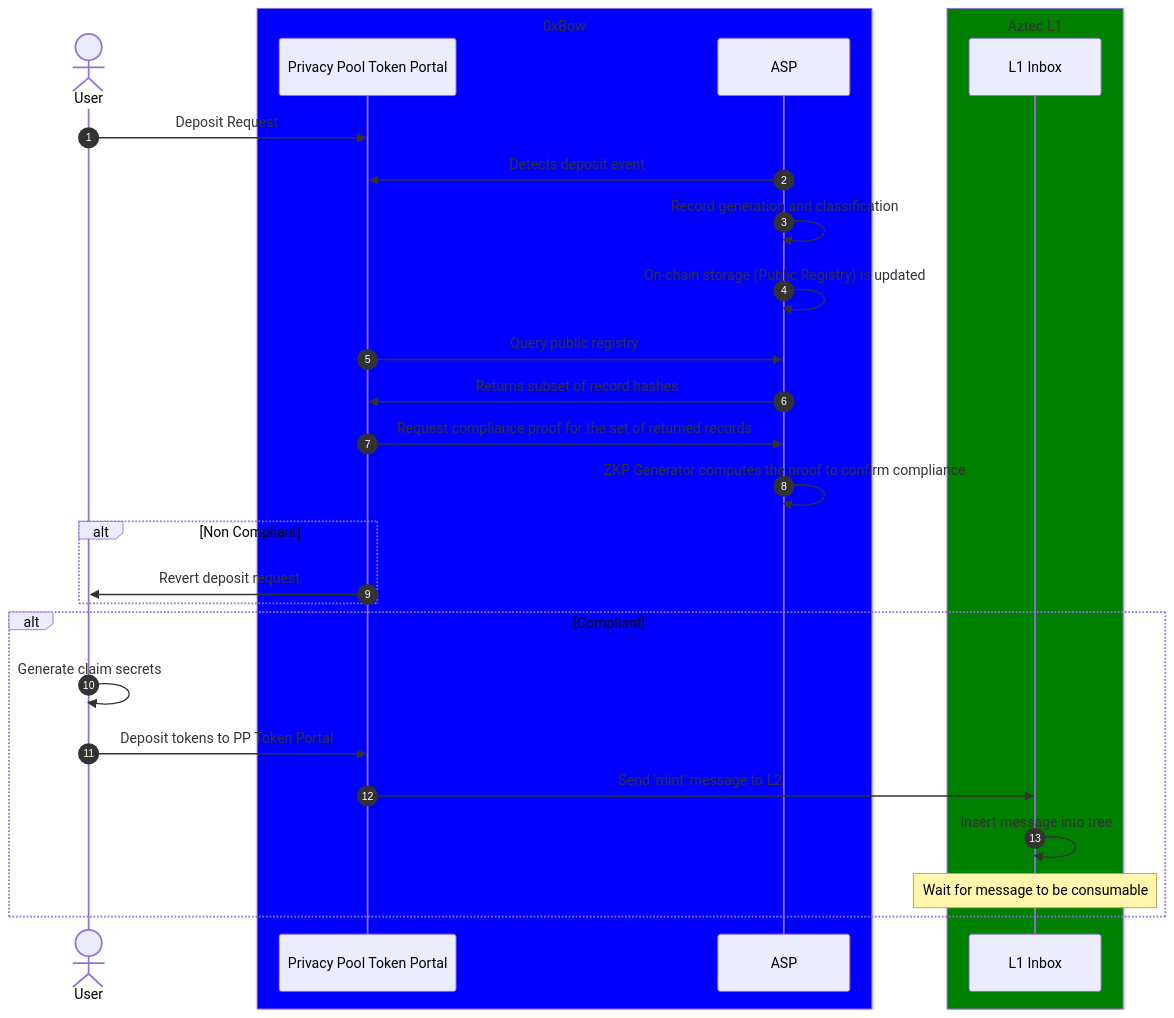
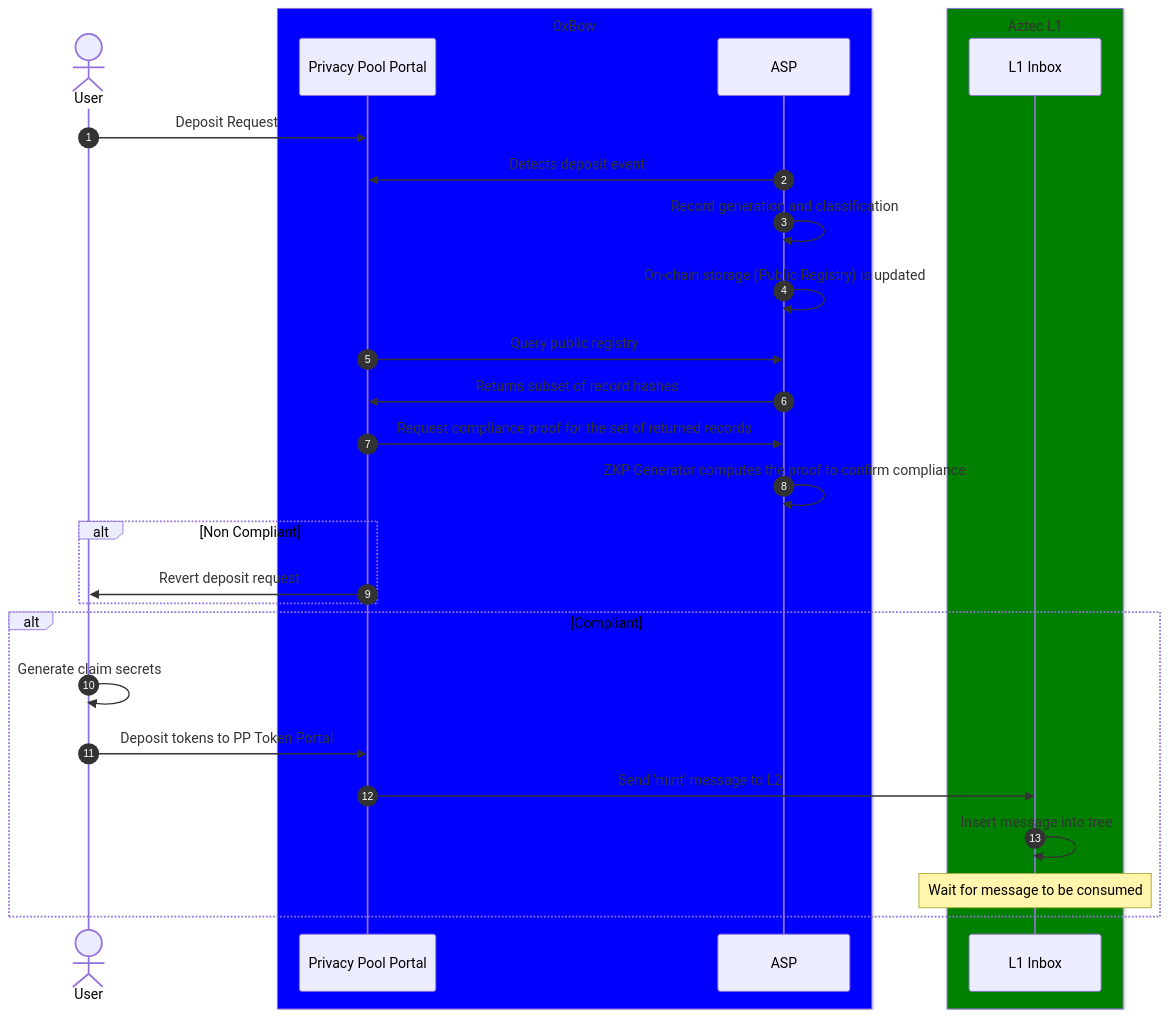
Before and after one commit to 0xbow-io/asp-aztec-bridge: the first of 2 diagrams in docs/assets/sequence.md, drawn with Mermaid. The commit also changed other lines of this file and 1 other file, not shown here.

Commit message:
docs(sequence-and-flowchart.md): Shortened portal contract name on diagrams

````diff
--- a/docs/assets/sequence.md
+++ b/docs/assets/sequence.md
@@ -10,34 +10,34 @@
 ``` mermaid
 sequenceDiagram
     autonumber
     actor User
     box Blue 0xBow
-    participant Privacy Pool Token Portal
+    participant Privacy Pool Portal
     participant ASP
     end
     
     box Green Aztec L1
     participant L1 Inbox
     
     end
-    User->>Privacy Pool Token Portal: Deposit Request
-    ASP->>Privacy Pool Token Portal: Detects deposit event
+    User->>Privacy Pool Portal: Deposit Request
+    ASP->>Privacy Pool Portal: Detects deposit event
     ASP->>ASP: Record generation and classification
     ASP->>ASP: On-chain storage (Public Registry) is updated
-    Privacy Pool Token Portal->>ASP: Query public registry
-    ASP->>Privacy Pool Token Portal: Returns subset of record hashes
-    Privacy Pool Token Portal->>ASP: Request compliance proof for the set of returned records
+    Privacy Pool Portal->>ASP: Query public registry
+    ASP->>Privacy Pool Portal: Returns subset of record hashes
+    Privacy Pool Portal->>ASP: Request compliance proof for the set of returned records
     ASP->>ASP: ZKP Generator computes the proof to confirm compliance
     alt Non Compliant
-        Privacy Pool Token Portal->>User: Revert deposit request
+        Privacy Pool Portal->>User: Revert deposit request
     end
     alt Compliant
         User->>User: Generate claim secrets
-        User->>Privacy Pool Token Portal: Deposit tokens to PP Token Portal
-        Privacy Pool Token Portal->>L1 Inbox: Send 'mint' message to L2
+        User->>Privacy Pool Portal: Deposit tokens to PP Token Portal
+        Privacy Pool Portal->>L1 Inbox: Send 'mint' message to L2
         L1 Inbox->>L1 Inbox: Insert message into tree
-        Note over L1 Inbox: Wait for message to be consumable
+        Note over L1 Inbox: Wait for message to be consumed
         
     end
 
 ```
````
